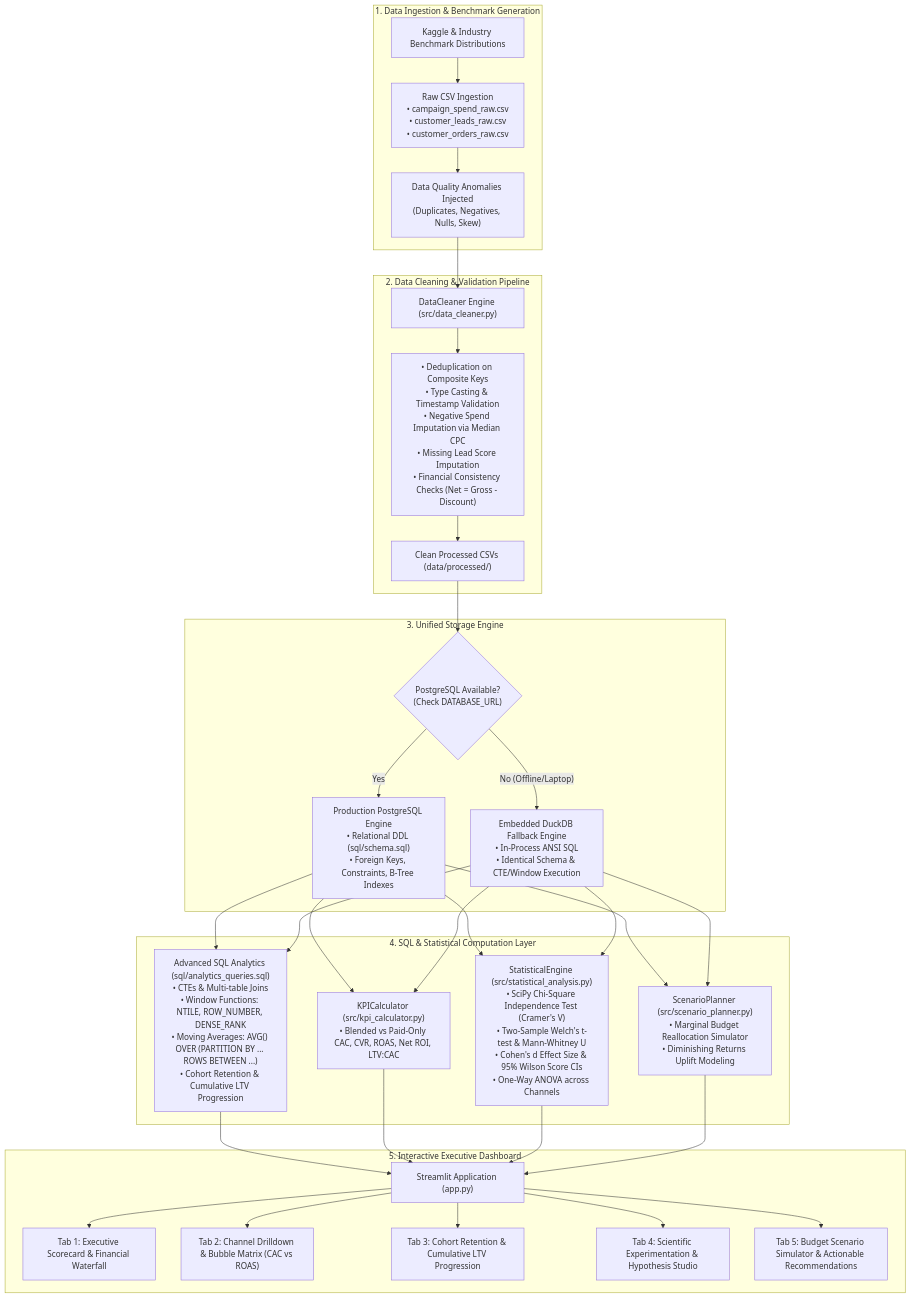
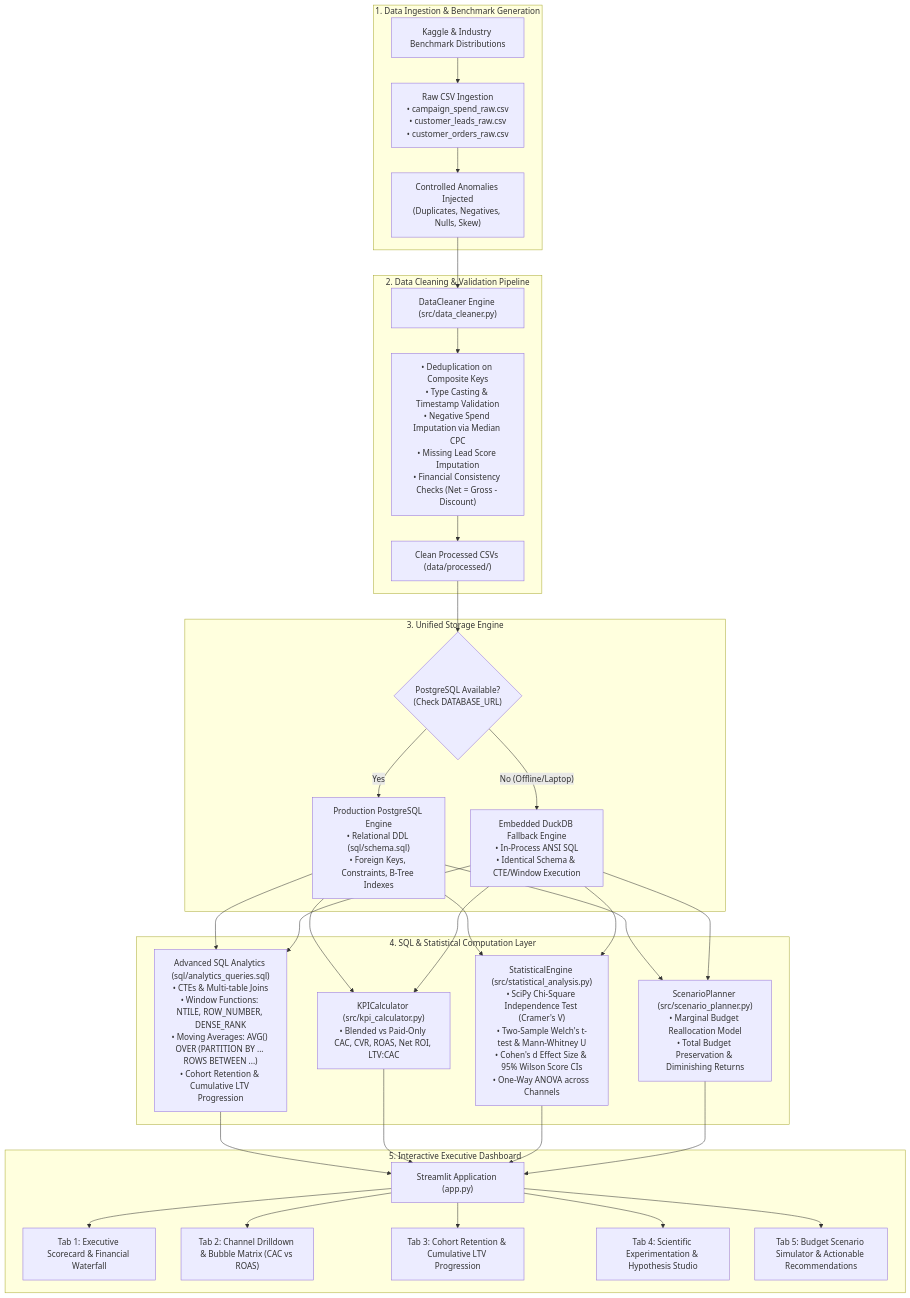
One commit to viveksingh28aug/customer-acquisition-campaign-roi-analytics changed the diagram in README.md. Above: the diagram before and after it, drawn with Mermaid. The commit also changed other lines of this file and 6 other files, not shown here.

Commit message:
fix(audit): production-readiness fixes for HTML rendering, filters, budget simulator, statistical p-values, and regression tests

````diff
--- a/README.md
+++ b/README.md
@@ -16,35 +16,35 @@
 ```mermaid
 flowchart TD
     subgraph Data_Sources["1. Data Ingestion & Benchmark Generation"]
         A1["Kaggle & Industry Benchmark Distributions"] --> B1["Raw CSV Ingestion<br/>• campaign_spend_raw.csv<br/>• customer_leads_raw.csv<br/>• customer_orders_raw.csv"]
-        B1 --> B2["Data Quality Anomalies Injected<br/>(Duplicates, Negatives, Nulls, Skew)"]
+        B1 --> B2["Controlled Anomalies Injected<br/>(Duplicates, Negatives, Nulls, Skew)"]
     end
 
     subgraph Data_Pipeline["2. Data Cleaning & Validation Pipeline"]
         B2 --> C1["DataCleaner Engine (src/data_cleaner.py)"]
         C1 --> C2["• Deduplication on Composite Keys<br/>• Type Casting & Timestamp Validation<br/>• Negative Spend Imputation via Median CPC<br/>• Missing Lead Score Imputation<br/>• Financial Consistency Checks (Net = Gross - Discount)"]
         C2 --> D1["Clean Processed CSVs (data/processed/)"]
     end
 
     subgraph Storage_Layer["3. Unified Storage Engine"]
         D1 --> E1{"PostgreSQL Available?<br/>(Check DATABASE_URL)"}
         E1 -- Yes --> E2["Production PostgreSQL Engine<br/>• Relational DDL (sql/schema.sql)<br/>• Foreign Keys, Constraints, B-Tree Indexes"]
         E1 -- No (Offline/Laptop) --> E3["Embedded DuckDB Fallback Engine<br/>• In-Process ANSI SQL<br/>• Identical Schema & CTE/Window Execution"]
     end
 
     subgraph Analytics_Engine["4. SQL & Statistical Computation Layer"]
         E2 & E3 --> F1["Advanced SQL Analytics (sql/analytics_queries.sql)<br/>• CTEs & Multi-table Joins<br/>• Window Functions: NTILE, ROW_NUMBER, DENSE_RANK<br/>• Moving Averages: AVG() OVER (PARTITION BY ... ROWS BETWEEN ...)<br/>• Cohort Retention & Cumulative LTV Progression"]
         E2 & E3 --> F2["KPICalculator (src/kpi_calculator.py)<br/>• Blended vs Paid-Only CAC, CVR, ROAS, Net ROI, LTV:CAC"]
         E2 & E3 --> F3["StatisticalEngine (src/statistical_analysis.py)<br/>• SciPy Chi-Square Independence Test (Cramer's V)<br/>• Two-Sample Welch's t-test & Mann-Whitney U<br/>• Cohen's d Effect Size & 95% Wilson Score CIs<br/>• One-Way ANOVA across Channels"]
-        E2 & E3 --> F4["ScenarioPlanner (src/scenario_planner.py)<br/>• Marginal Budget Reallocation Simulator<br/>• Diminishing Returns Uplift Modeling"]
+        E2 & E3 --> F4["ScenarioPlanner (src/scenario_planner.py)<br/>• Marginal Budget Reallocation Model<br/>• Total Budget Preservation & Diminishing Returns"]
     end
 
     subgraph Presentation_Layer["5. Interactive Executive Dashboard"]
         F1 & F2 & F3 & F4 --> G1["Streamlit Application (app.py)"]
         G1 --> H1["Tab 1: Executive Scorecard & Financial Waterfall"]
         G1 --> H2["Tab 2: Channel Drilldown & Bubble Matrix (CAC vs ROAS)"]
         G1 --> H3["Tab 3: Cohort Retention & Cumulative LTV Progression"]
         G1 --> H4["Tab 4: Scientific Experimentation & Hypothesis Studio"]
         G1 --> H5["Tab 5: Budget Scenario Simulator & Actionable Recommendations"]
     end
 ```
````
